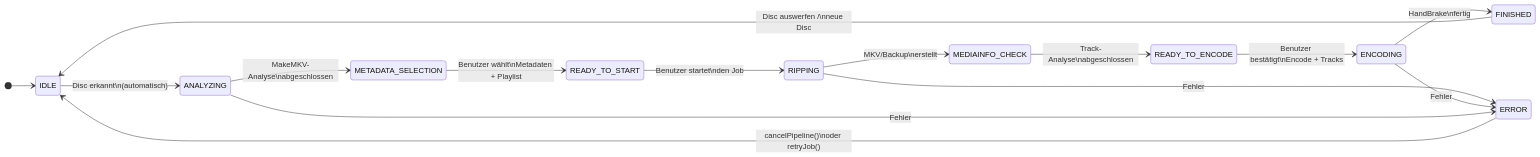
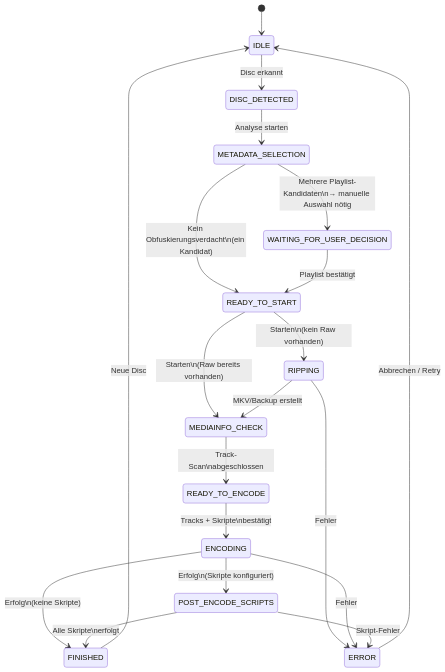
One commit to Mboehmlaender/ripster changed the diagram in docs/pipeline/workflow.md. Above: the diagram before and after it, drawn with Mermaid. The commit also changed other lines of this file and 6 other files, not shown here.

Commit message:
docs: Doku für Skript-Integration und neue Pipeline-Zustände

````diff
--- a/docs/pipeline/workflow.md
+++ b/docs/pipeline/workflow.md
@@ -9,24 +9,33 @@
 ```mermaid
 stateDiagram-v2
-    direction LR
+    direction TB
     [*] --> IDLE
 
-    IDLE --> ANALYZING: Disc erkannt\n(automatisch)
-    ANALYZING --> METADATA_SELECTION: MakeMKV-Analyse\nabgeschlossen
-    METADATA_SELECTION --> READY_TO_START: Benutzer wählt\nMetadaten + Playlist
+    IDLE --> DISC_DETECTED: Disc erkannt
+    DISC_DETECTED --> METADATA_SELECTION: Analyse starten
 
-    READY_TO_START --> RIPPING: Benutzer startet\nden Job
+    METADATA_SELECTION --> READY_TO_START: Kein Obfuskierungsverdacht\n(ein Kandidat)
+    METADATA_SELECTION --> WAITING_FOR_USER_DECISION: Mehrere Playlist-Kandidaten\n→ manuelle Auswahl nötig
 
-    RIPPING --> MEDIAINFO_CHECK: MKV/Backup\nerstellt
-    MEDIAINFO_CHECK --> READY_TO_ENCODE: Track-Analyse\nabgeschlossen
+    WAITING_FOR_USER_DECISION --> READY_TO_START: Playlist bestätigt
 
-    READY_TO_ENCODE --> ENCODING: Benutzer bestätigt\nEncode + Tracks
+    READY_TO_START --> RIPPING: Starten\n(kein Raw vorhanden)
+    READY_TO_START --> MEDIAINFO_CHECK: Starten\n(Raw bereits vorhanden)
 
-    ENCODING --> FINISHED: HandBrake\nfertig
-    FINISHED --> IDLE: Disc auswerfen /\nneue Disc
+    RIPPING --> MEDIAINFO_CHECK: MKV/Backup erstellt
+
+    MEDIAINFO_CHECK --> READY_TO_ENCODE: Track-Scan\nabgeschlossen
+
+    READY_TO_ENCODE --> ENCODING: Tracks + Skripte\nbestätigt
+
+    ENCODING --> POST_ENCODE_SCRIPTS: Erfolg\n(Skripte konfiguriert)
+    ENCODING --> FINISHED: Erfolg\n(keine Skripte)
+    POST_ENCODE_SCRIPTS --> FINISHED: Alle Skripte\nerfolgt
 
     RIPPING --> ERROR: Fehler
     ENCODING --> ERROR: Fehler
-    ANALYZING --> ERROR: Fehler
-    ERROR --> IDLE: cancelPipeline()\noder retryJob()
+    POST_ENCODE_SCRIPTS --> ERROR: Skript-Fehler
+
+    ERROR --> IDLE: Abbrechen / Retry
+    FINISHED --> IDLE: Neue Disc
 ```
````
